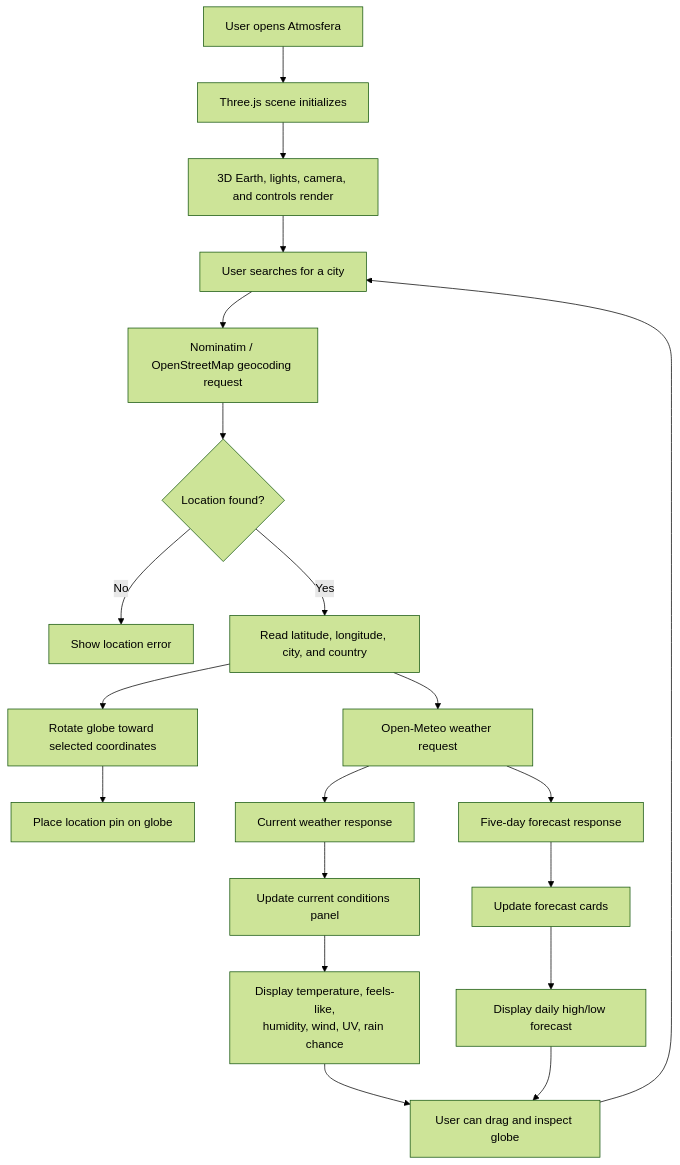
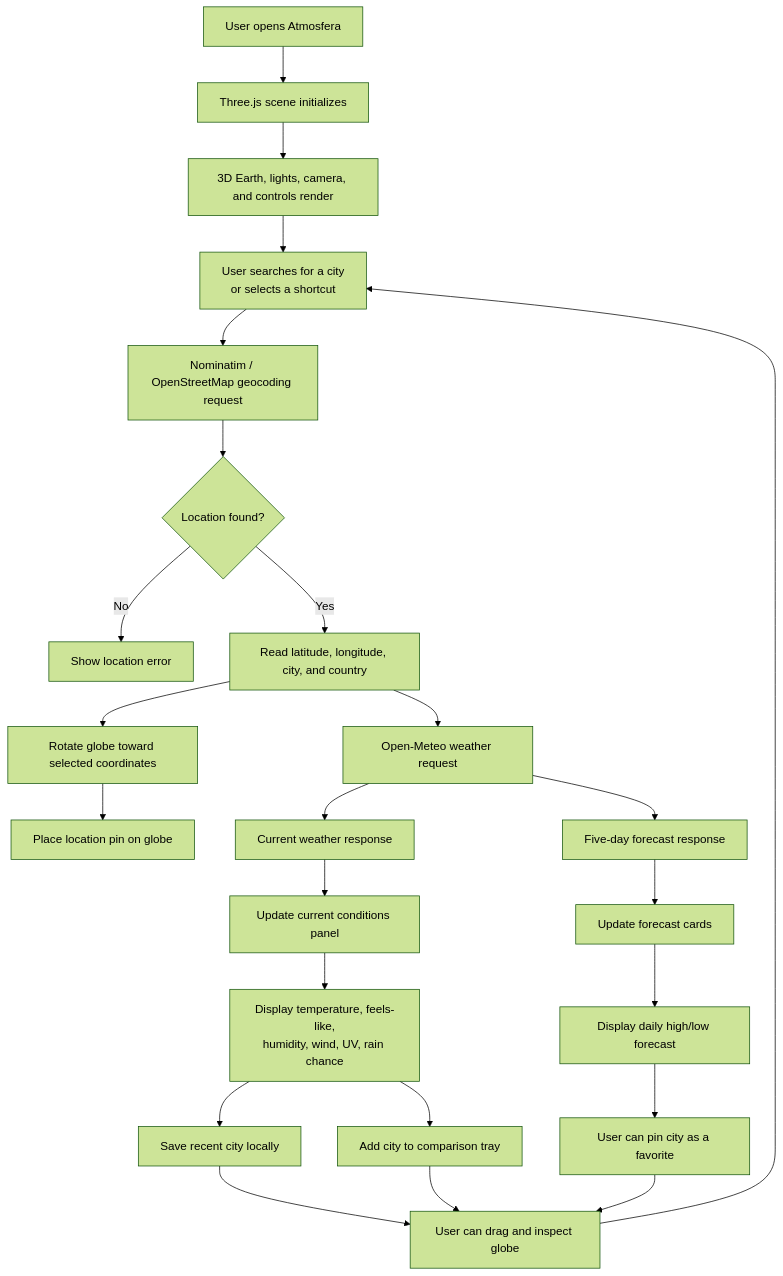
The diagram in README.md (chandra23225/Atmosfera), drawn with Mermaid (forest theme) before and after one commit. The commit also changed other lines of this file and 3 other files, not shown here.

````diff
--- a/README.md
+++ b/README.md
@@ -25,28 +31,32 @@
 ```mermaid
 flowchart TD
     A[User opens Atmosfera] --> B[Three.js scene initializes]
     B --> C[3D Earth, lights, camera, and controls render]
-    C --> D[User searches for a city]
+    C --> D[User searches for a city<br/>or selects a shortcut]
 
     D --> E[Nominatim / OpenStreetMap geocoding request]
     E --> F{Location found?}
     F -->|No| G[Show location error]
     F -->|Yes| H[Read latitude, longitude, city, and country]
 
     H --> I[Rotate globe toward selected coordinates]
     I --> J[Place location pin on globe]
 
     H --> K[Open-Meteo weather request]
     K --> L[Current weather response]
     K --> M[Five-day forecast response]
 
     L --> N[Update current conditions panel]
     M --> O[Update forecast cards]
 
     N --> P[Display temperature, feels-like,<br/>humidity, wind, UV, rain chance]
     O --> Q[Display daily high/low forecast]
 
-    P --> R[User can drag and inspect globe]
-    Q --> R
-    R --> D
+    P --> R[Save recent city locally]
+    P --> S[Add city to comparison tray]
+    Q --> T[User can pin city as a favorite]
+    R --> U[User can drag and inspect globe]
+    S --> U
+    T --> U
+    U --> D
 ```
````
